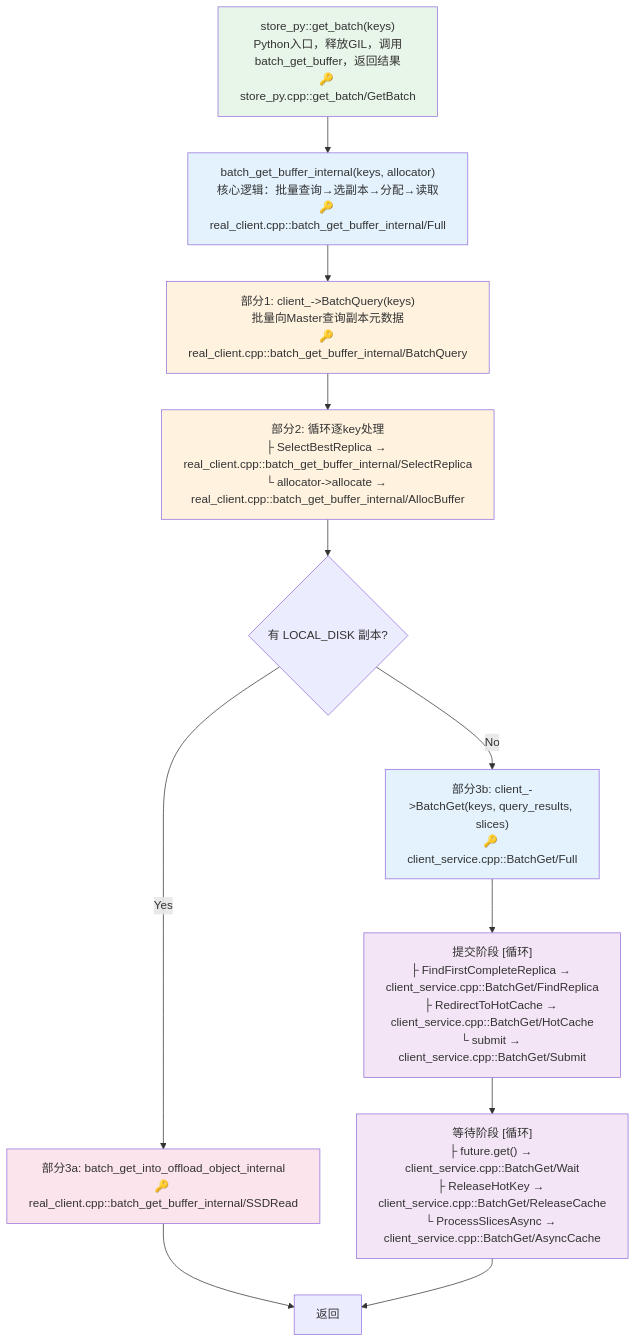
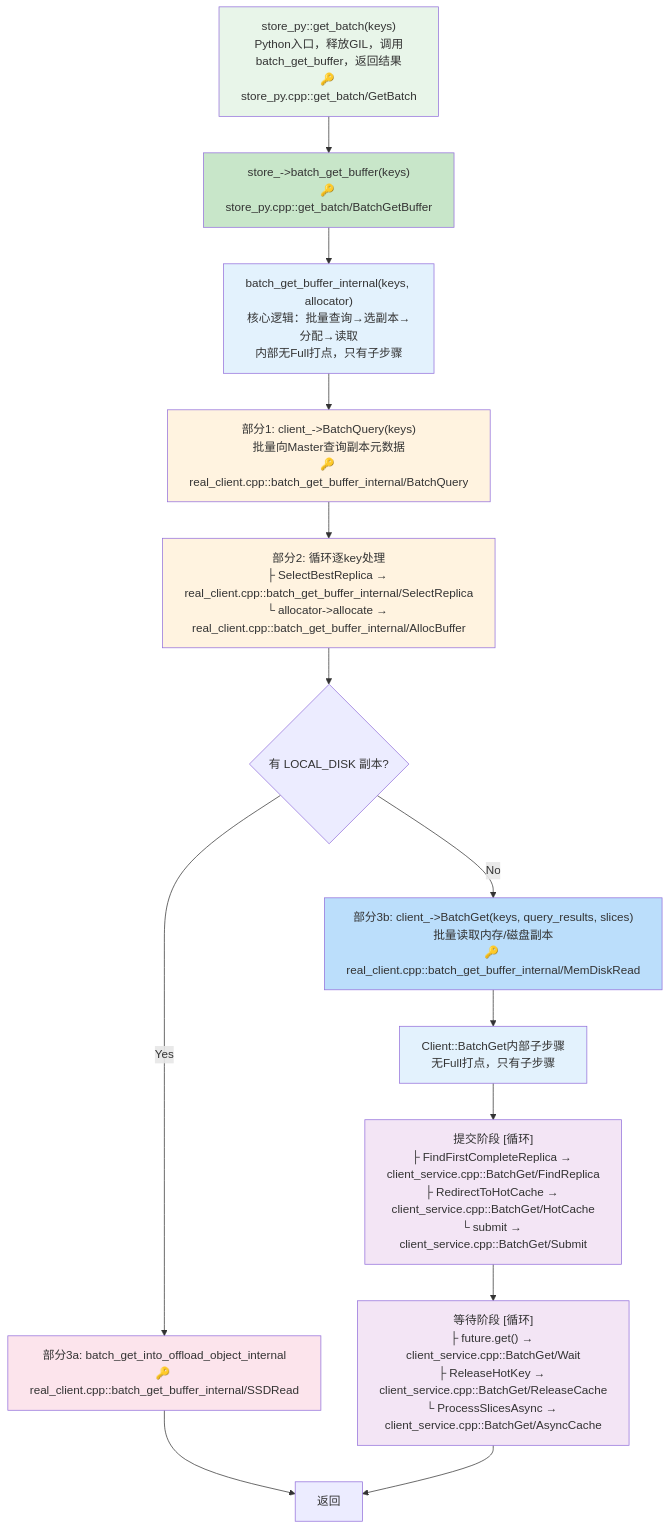
The second of 4 diagrams in docs/yh/pipline.md (LinQuickDev/Mooncake), drawn with Mermaid before and after one commit. The commit also changed other lines of this file and 4 other files, not shown here.

````diff
--- a/docs/yh/pipline.md
+++ b/docs/yh/pipline.md
@@ -45,28 +56,34 @@
 ```mermaid
 flowchart TB
-    Start["store_py::get_batch(keys)<br/>Python入口，释放GIL，调用batch_get_buffer，返回结果<br/>🔑 store_py.cpp::get_batch/GetBatch"] --> Internal["batch_get_buffer_internal(keys, allocator)<br/>核心逻辑：批量查询→选副本→分配→读取<br/>🔑 real_client.cpp::batch_get_buffer_internal/Full"]
+    Start["store_py::get_batch(keys)<br/>Python入口，释放GIL，调用batch_get_buffer，返回结果<br/>🔑 store_py.cpp::get_batch/GetBatch"] --> BatchGetBufferCall["store_->batch_get_buffer(keys)<br/>🔑 store_py.cpp::get_batch/BatchGetBuffer"]
+
+    BatchGetBufferCall --> Internal["batch_get_buffer_internal(keys, allocator)<br/>核心逻辑：批量查询→选副本→分配→读取<br/>内部无Full打点，只有子步骤"]
 
     Internal --> QueryPart["部分1: client_->BatchQuery(keys)<br/>批量向Master查询副本元数据<br/>🔑 real_client.cpp::batch_get_buffer_internal/BatchQuery"]
     QueryPart --> LoopPart["部分2: 循环逐key处理<br/>├ SelectBestReplica → real_client.cpp::batch_get_buffer_internal/SelectReplica<br/>└ allocator->allocate → real_client.cpp::batch_get_buffer_internal/AllocBuffer"]
 
     LoopPart --> CheckDisk{有 LOCAL_DISK 副本?}
 
     CheckDisk -->|Yes| SSDPart["部分3a: batch_get_into_offload_object_internal<br/>🔑 real_client.cpp::batch_get_buffer_internal/SSDRead"]
 
-    CheckDisk -->|No| BatchGetPart["部分3b: client_->BatchGet(keys, query_results, slices)<br/>🔑 client_service.cpp::BatchGet/Full"]
+    CheckDisk -->|No| MemDiskRead["部分3b: client_->BatchGet(keys, query_results, slices)<br/>批量读取内存/磁盘副本<br/>🔑 real_client.cpp::batch_get_buffer_internal/MemDiskRead"]
 
-    BatchGetPart --> SubmitLoop["提交阶段 [循环]<br/>├ FindFirstCompleteReplica → client_service.cpp::BatchGet/FindReplica<br/>├ RedirectToHotCache → client_service.cpp::BatchGet/HotCache<br/>└ submit → client_service.cpp::BatchGet/Submit"]
+    MemDiskRead --> BatchGetSub["Client::BatchGet内部子步骤<br/>无Full打点，只有子步骤"]
+
+    BatchGetSub --> SubmitLoop["提交阶段 [循环]<br/>├ FindFirstCompleteReplica → client_service.cpp::BatchGet/FindReplica<br/>├ RedirectToHotCache → client_service.cpp::BatchGet/HotCache<br/>└ submit → client_service.cpp::BatchGet/Submit"]
     SubmitLoop --> WaitLoop["等待阶段 [循环]<br/>├ future.get() → client_service.cpp::BatchGet/Wait<br/>├ ReleaseHotKey → client_service.cpp::BatchGet/ReleaseCache<br/>└ ProcessSlicesAsync → client_service.cpp::BatchGet/AsyncCache"]
 
     SSDPart --> Done["返回"]
     WaitLoop --> Done
 
     style Start fill:#e8f5e9
+    style BatchGetBufferCall fill:#c8e6c9
     style Internal fill:#e3f2fd
     style QueryPart fill:#fff3e0
     style LoopPart fill:#fff3e0
     style SSDPart fill:#fce4ec
-    style BatchGetPart fill:#e3f2fd
+    style MemDiskRead fill:#bbdefb
+    style BatchGetSub fill:#e3f2fd
     style SubmitLoop fill:#f3e5f5
     style WaitLoop fill:#f3e5f5
 ```
````
